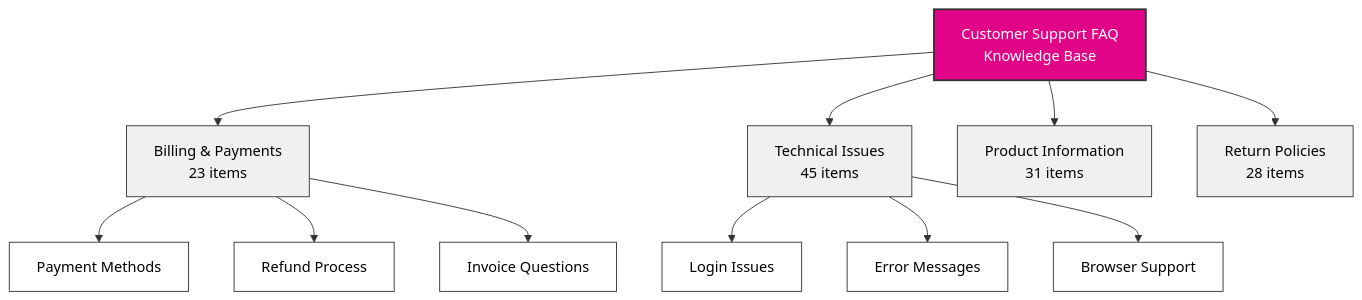
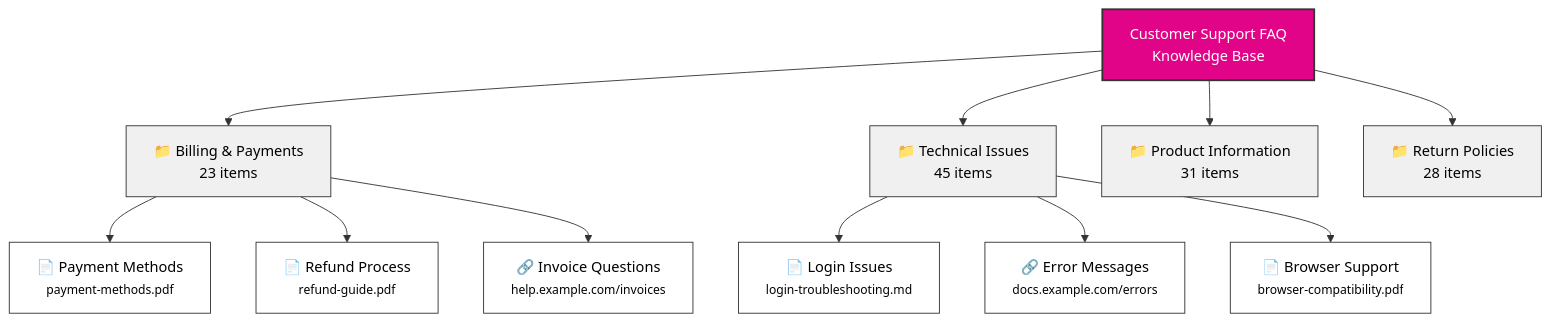
One commit to robertvy/docs changed the diagram in build/knowledge/architecture.mdx. Above: the diagram before and after it, drawn with Mermaid.

Commit message:
Show that knowledge items are files/URLs: add icons and example filenames

````diff
--- a/build/knowledge/architecture.mdx
+++ b/build/knowledge/architecture.mdx
@@ -21,29 +21,29 @@
 ```mermaid
 graph TB
     KB[Customer Support FAQ<br/>Knowledge Base]
 
-    KB --> F1[Billing & Payments<br/>23 items]
-    KB --> F2[Technical Issues<br/>45 items]
-    KB --> F3[Product Information<br/>31 items]
-    KB --> F4[Return Policies<br/>28 items]
+    KB --> F1[📁 Billing & Payments<br/>23 items]
+    KB --> F2[📁 Technical Issues<br/>45 items]
+    KB --> F3[📁 Product Information<br/>31 items]
+    KB --> F4[📁 Return Policies<br/>28 items]
 
-    F1 --> I1[Payment Methods]
-    F1 --> I2[Refund Process]
-    F1 --> I3[Invoice Questions]
+    F1 --> I1[📄 Payment Methods<br/><small>payment-methods.pdf</small>]
+    F1 --> I2[📄 Refund Process<br/><small>refund-guide.pdf</small>]
+    F1 --> I3[🔗 Invoice Questions<br/><small>help.example.com/invoices</small>]
 
-    F2 --> I4[Login Issues]
-    F2 --> I5[Error Messages]
-    F2 --> I6[Browser Support]
+    F2 --> I4[📄 Login Issues<br/><small>login-troubleshooting.md</small>]
+    F2 --> I5[🔗 Error Messages<br/><small>docs.example.com/errors</small>]
+    F2 --> I6[📄 Browser Support<br/><small>browser-compatibility.pdf</small>]
 
     style KB fill:#E10489,stroke:#333,stroke-width:2px,color:#fff
     style F1 fill:#f0f0f0,stroke:#333,stroke-width:1px,color:#000
     style F2 fill:#f0f0f0,stroke:#333,stroke-width:1px,color:#000
     style F3 fill:#f0f0f0,stroke:#333,stroke-width:1px,color:#000
     style F4 fill:#f0f0f0,stroke:#333,stroke-width:1px,color:#000
     style I1 fill:#fff,stroke:#333,stroke-width:1px,color:#000
     style I2 fill:#fff,stroke:#333,stroke-width:1px,color:#000
     style I3 fill:#fff,stroke:#333,stroke-width:1px,color:#000
     style I4 fill:#fff,stroke:#333,stroke-width:1px,color:#000
     style I5 fill:#fff,stroke:#333,stroke-width:1px,color:#000
     style I6 fill:#fff,stroke:#333,stroke-width:1px,color:#000
 ```
````
